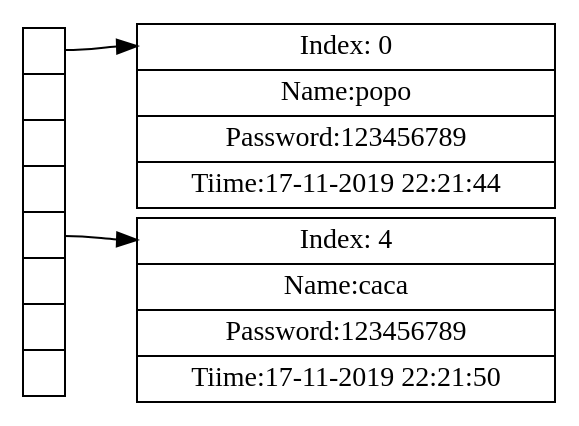
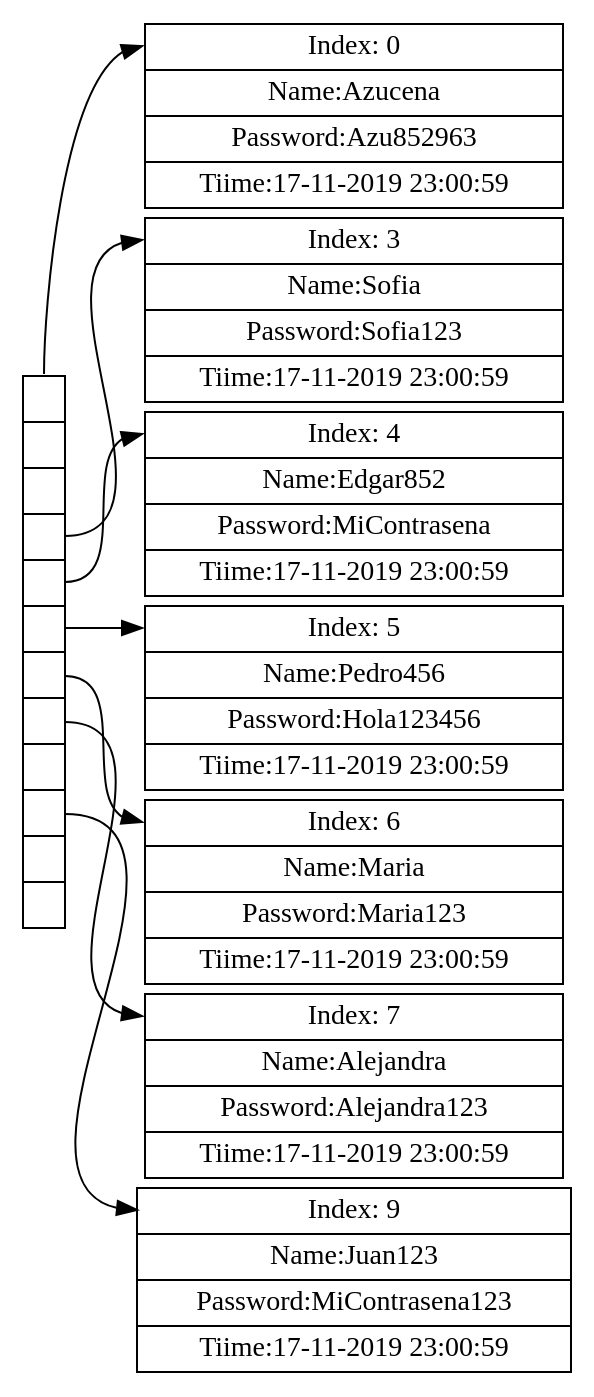
Before and after one commit to EH0809/EDD_2S2019_PY2_201520498: the diagram in TableHash.dot, drawn with Graphviz.

```diff
--- a/TableHash.dot
+++ b/TableHash.dot
@@ -1,13 +1,23 @@
  digraph TableHash {
 nodesep=.05; 
 rankdir=LR; 
 node [shape=record,width=.1,height=.1];
-tabla [label = "<f0> | <f1> | <f2> | <f3> | <f4> | <f5> | <f6> | ",height=2.5];
+tabla [label = "<f0> | <f1> | <f2> | <f3> | <f4> | <f5> | <f6> | <f7> | <f8> | <f9> | <f10> | ",height=2.5];
 node [width = 1.5];
 
-node0[label="<n> Index: 0 | Name:popo | Password:123456789| Tiime:17-11-2019 22:21:44"];
-node4[label="<n> Index: 4 | Name:caca | Password:123456789| Tiime:17-11-2019 22:21:50"];
+node0[label="<n> Index: 0 | Name:Azucena | Password:Azu852963| Tiime:17-11-2019 23:00:59"];
+node3[label="<n> Index: 3 | Name:Sofia | Password:Sofia123| Tiime:17-11-2019 23:00:59"];
+node4[label="<n> Index: 4 | Name:Edgar852 | Password:MiContrasena| Tiime:17-11-2019 23:00:59"];
+node5[label="<n> Index: 5 | Name:Pedro456 | Password:Hola123456| Tiime:17-11-2019 23:00:59"];
+node6[label="<n> Index: 6 | Name:Maria | Password:Maria123| Tiime:17-11-2019 23:00:59"];
+node7[label="<n> Index: 7 | Name:Alejandra | Password:Alejandra123| Tiime:17-11-2019 23:00:59"];
+node9[label="<n> Index: 9 | Name:Juan123 | Password:MiContrasena123| Tiime:17-11-2019 23:00:59"];
 
 tabla:f0 -> node0:n;
+tabla:f3 -> node3:n;
 tabla:f4 -> node4:n;
+tabla:f5 -> node5:n;
+tabla:f6 -> node6:n;
+tabla:f7 -> node7:n;
+tabla:f9 -> node9:n;
 }
```
